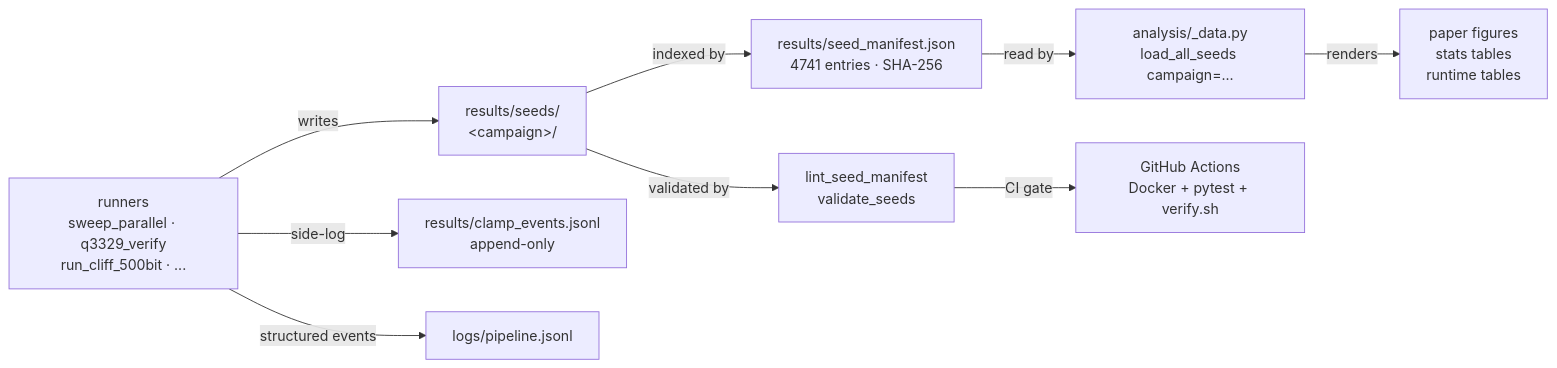
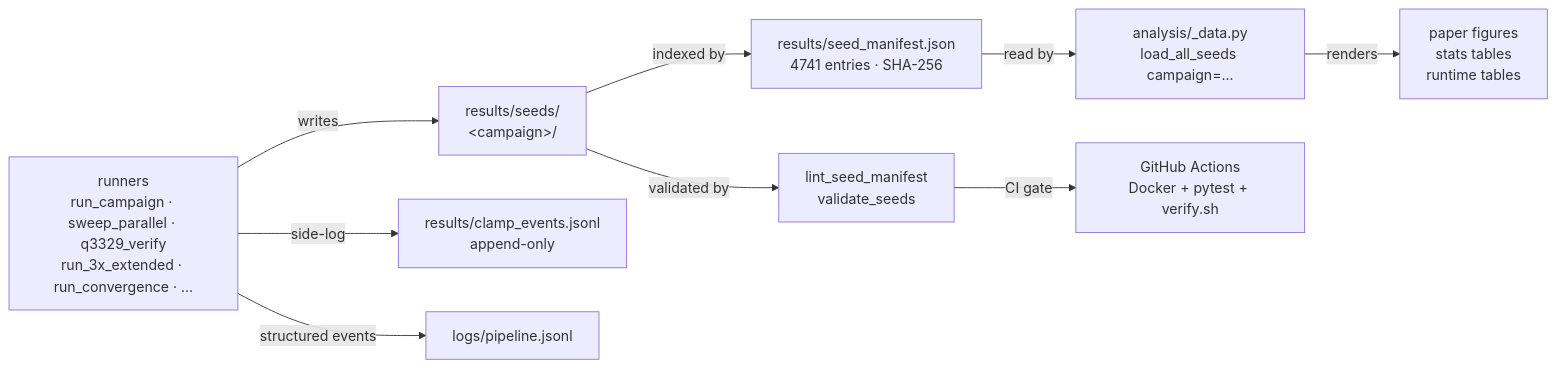
One commit to BrendanChambersBourgeois/sdbkz-benchmark changed the diagram in README.md. Above: the diagram before and after it, drawn with Mermaid. The commit also changed other lines of this file and 9 other files, not shown here.

````diff
--- a/README.md
+++ b/README.md
@@ -68,11 +68,11 @@
 ```mermaid
 flowchart LR
-  A[runners<br/>sweep_parallel · q3329_verify<br/>run_cliff_500bit · ...] -->|writes| B[results/seeds/<br/>&lt;campaign&gt;/]
+  A[runners<br/>run_campaign · sweep_parallel · q3329_verify<br/>run_3x_extended · run_convergence · ...] -->|writes| B[results/seeds/<br/>&lt;campaign&gt;/]
   B -->|indexed by| C[results/seed_manifest.json<br/>4741 entries · SHA-256]
   C -->|read by| D[analysis/_data.py<br/>load_all_seeds campaign=...]
   D -->|renders| E[paper figures<br/>stats tables<br/>runtime tables]
   B -->|validated by| F[lint_seed_manifest<br/>validate_seeds]
   F -->|CI gate| G[GitHub Actions<br/>Docker + pytest + verify.sh]
   A -->|side-log| H[results/clamp_events.jsonl<br/>append-only]
   A -->|structured events| I[logs/pipeline.jsonl]
 ```
````
